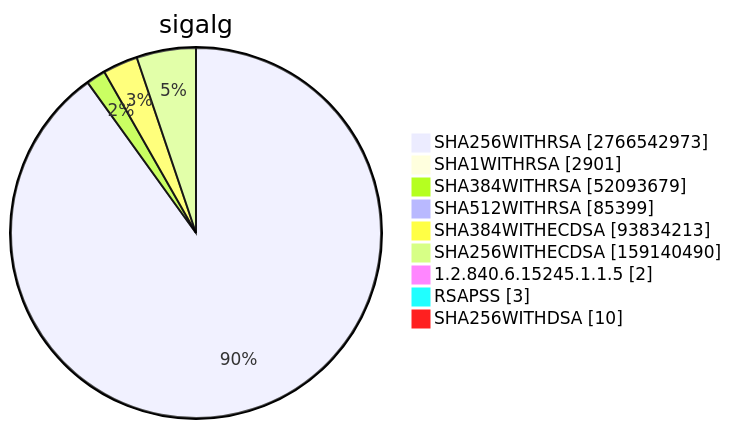
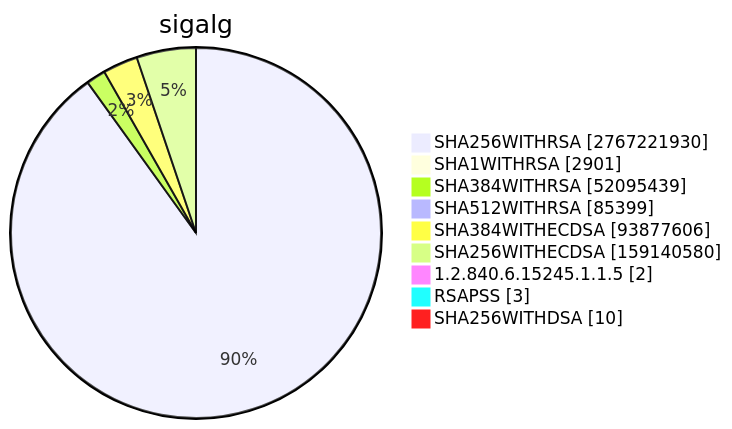
Before and after one commit to christiankrug/ctmonitor_visualization: diagram 15 of 15 in TOTAL/README.md, drawn with Mermaid. The commit also changed other lines of this file, not shown here.

````diff
--- a/TOTAL/README.md
+++ b/TOTAL/README.md
@@ -6205,13 +6205,13 @@
 ```mermaid
 pie showData
 title sigalg
-"SHA256WITHRSA" :2766542973
+"SHA256WITHRSA" :2767221930
 "SHA1WITHRSA" :2901
-"SHA384WITHRSA" :52093679
+"SHA384WITHRSA" :52095439
 "SHA512WITHRSA" :85399
-"SHA384WITHECDSA" :93834213
-"SHA256WITHECDSA" :159140490
+"SHA384WITHECDSA" :93877606
+"SHA256WITHECDSA" :159140580
 "1.2.840.6.15245.1.1.5" :2
 "RSAPSS" :3
 "SHA256WITHDSA" :10
 ```
````
